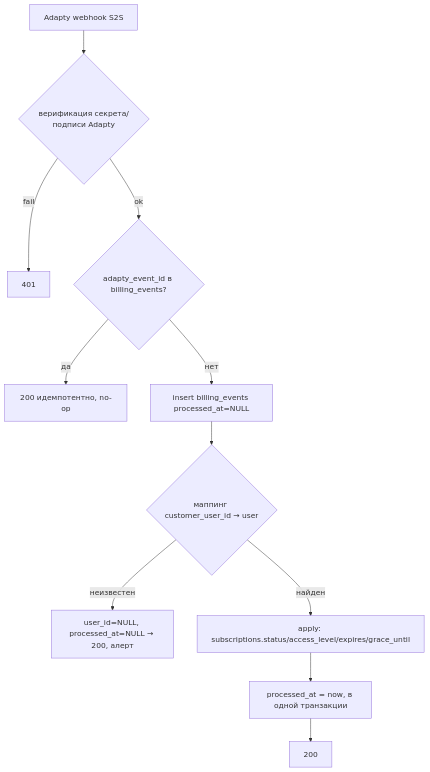
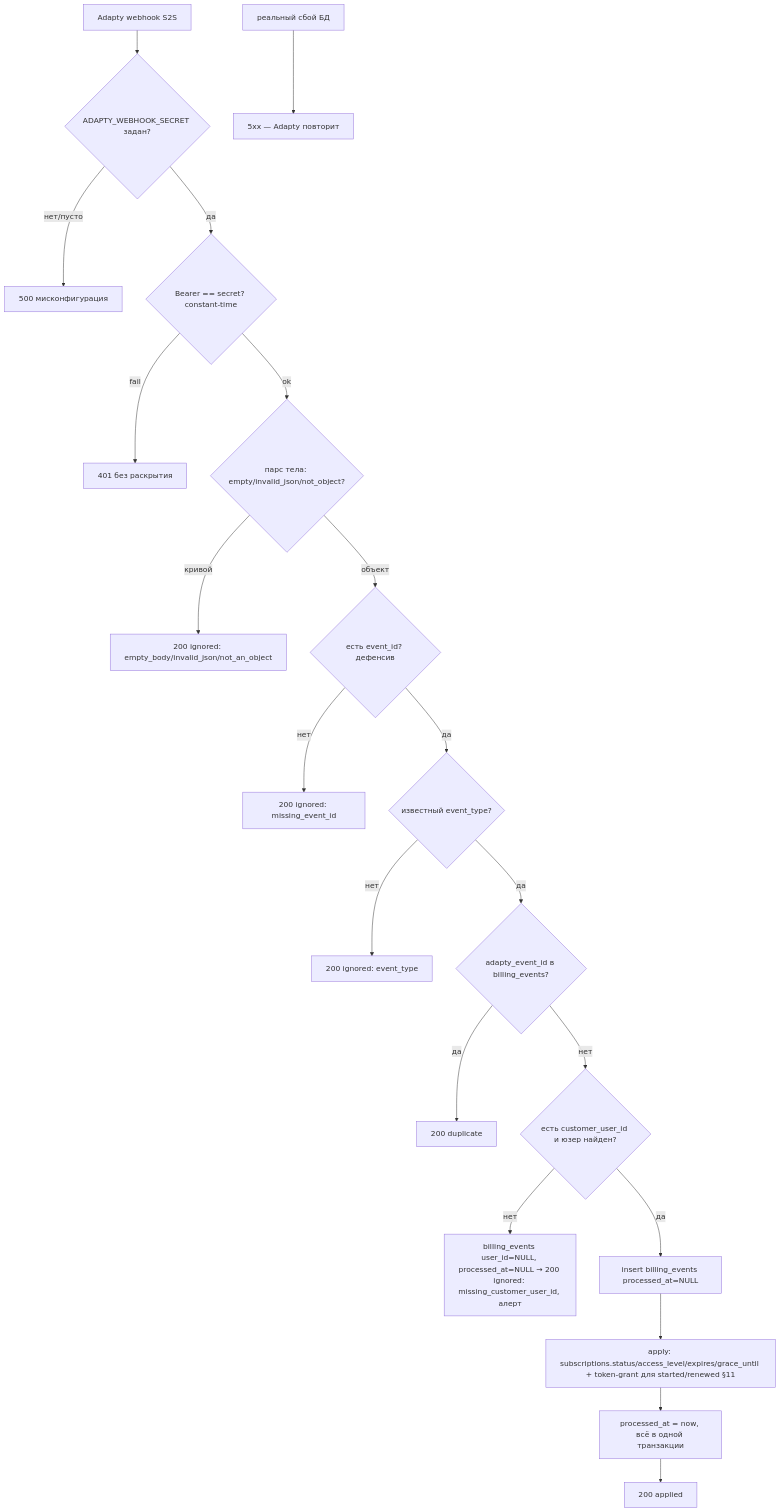
One commit to eliseiv/lovable-ai changed the first of 2 diagrams in docs/modules/billing/03-architecture.md. Above: the diagram before and after it, drawn with Mermaid. The commit also changed other lines of this file and 18 other files, not shown here.

````diff
--- a/docs/modules/billing/03-architecture.md
+++ b/docs/modules/billing/03-architecture.md
@@ -22,13 +22,22 @@
 ```mermaid
 flowchart TB
-    A[Adapty webhook S2S] --> B{верификация секрета/подписи Adapty}
-    B -->|fail| E[401]
-    B -->|ok| C{adapty_event_id в billing_events?}
-    C -->|да| OK1[200 идемпотентно, no-op]
-    C -->|нет| D[insert billing_events processed_at=NULL]
-    D --> M{маппинг customer_user_id → user}
-    M -->|неизвестен| NU[user_id=NULL, processed_at=NULL → 200, алерт]
-    M -->|найден| U[apply: subscriptions.status/access_level/expires/grace_until]
-    U --> P[processed_at = now, в одной транзакции]
-    P --> OK2[200]
+    A[Adapty webhook S2S] --> S{ADAPTY_WEBHOOK_SECRET задан?}
+    S -->|нет/пусто| E500[500 мисконфигурация]
+    S -->|да| B{Bearer == secret? constant-time}
+    B -->|fail| E401[401 без раскрытия]
+    B -->|ok| PB{парс тела: empty/invalid_json/not_object?}
+    PB -->|кривой| IG1[200 ignored: empty_body/invalid_json/not_an_object]
+    PB -->|объект| EID{есть event_id? дефенсив}
+    EID -->|нет| IG2[200 ignored: missing_event_id]
+    EID -->|да| ET{известный event_type?}
+    ET -->|нет| IG3[200 ignored: event_type]
+    ET -->|да| C{adapty_event_id в billing_events?}
+    C -->|да| OK1[200 duplicate]
+    C -->|нет| CU{есть customer_user_id и юзер найден?}
+    CU -->|нет| NU[billing_events user_id=NULL, processed_at=NULL → 200 ignored: missing_customer_user_id, алерт]
+    CU -->|да| D[insert billing_events processed_at=NULL]
+    D --> U[apply: subscriptions.status/access_level/expires/grace_until + token-grant для started/renewed §11]
+    U --> P[processed_at = now, всё в одной транзакции]
+    P --> OK2[200 applied]
+    DB[реальный сбой БД] --> E5xx[5xx — Adapty повторит]
 ```
````
